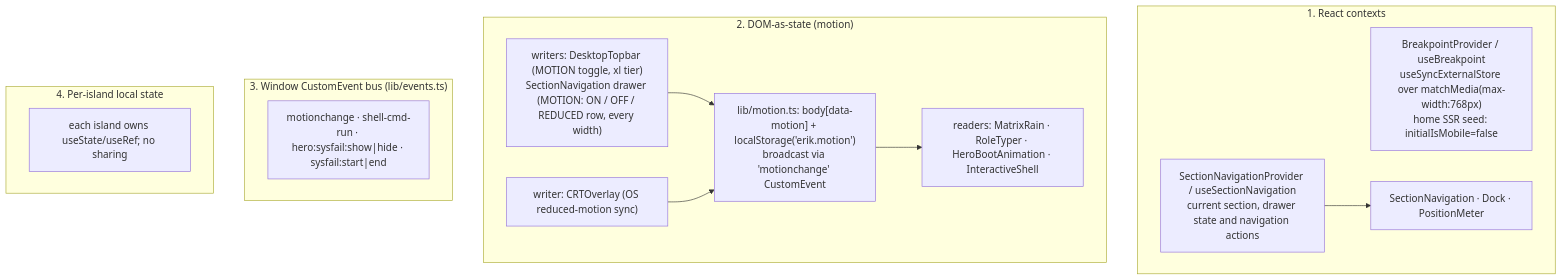
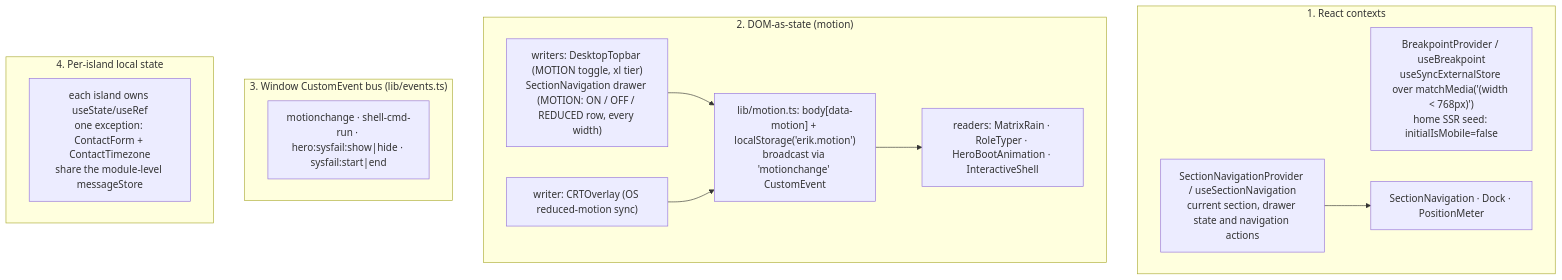
The second of 2 diagrams in docs/04-components-and-state.md (erikunha/portfolio), drawn with Mermaid before and after one commit. The commit also changed other lines of this file and 26 other files, not shown here.

First line of the commit message:
docs(sync): re-sync docs and mermaid diagrams to the redesigned chrome

````diff
--- a/docs/04-components-and-state.md
+++ b/docs/04-components-and-state.md
@@ -107,20 +108,20 @@
 ```mermaid
 flowchart TD
     subgraph ctx["1. React contexts"]
-        bp["BreakpointProvider / useBreakpoint<br/>useSyncExternalStore over matchMedia(max-width:768px)<br/>home SSR seed: initialIsMobile=false"]
+        bp["BreakpointProvider / useBreakpoint<br/>useSyncExternalStore over matchMedia('(width < 768px)')<br/>home SSR seed: initialIsMobile=false"]
         navigation["SectionNavigationProvider / useSectionNavigation<br/>current section, drawer state and navigation actions"]
         navigation --> consumers["SectionNavigation · Dock · PositionMeter"]
     end
     subgraph dom["2. DOM-as-state (motion)"]
         motion["lib/motion.ts: body[data-motion] + localStorage('erik.motion')<br/>broadcast via 'motionchange' CustomEvent"]
         w1["writers: DesktopTopbar (MOTION toggle, xl tier)<br/>SectionNavigation drawer (MOTION: ON / OFF / REDUCED row, every width)"] --> motion
         w2["writer: CRTOverlay (OS reduced-motion sync)"] --> motion
         motion --> r1["readers: MatrixRain · RoleTyper · HeroBootAnimation · InteractiveShell"]
     end
     subgraph bus["3. Window CustomEvent bus (lib/events.ts)"]
         ev["motionchange · shell-cmd-run · hero:sysfail:show|hide · sysfail:start|end"]
     end
     subgraph local["4. Per-island local state"]
-        li["each island owns useState/useRef; no sharing"]
+        li["each island owns useState/useRef<br/>one exception: ContactForm + ContactTimezone<br/>share the module-level messageStore"]
     end
 ```
````
